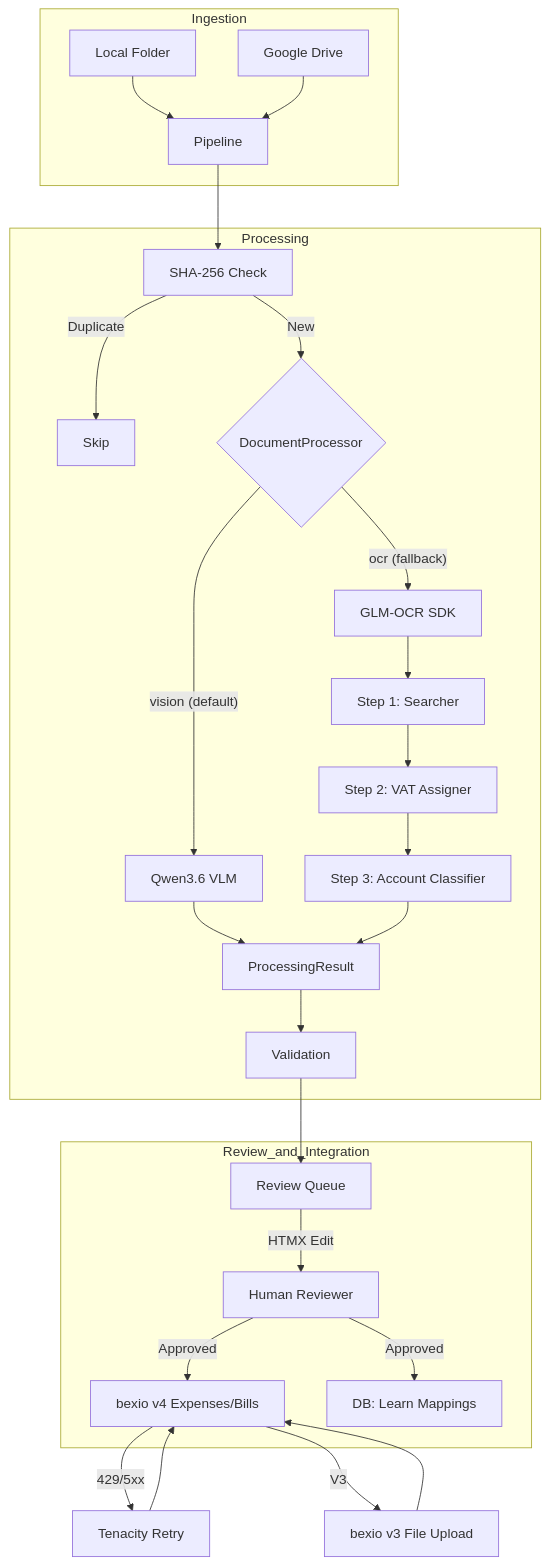
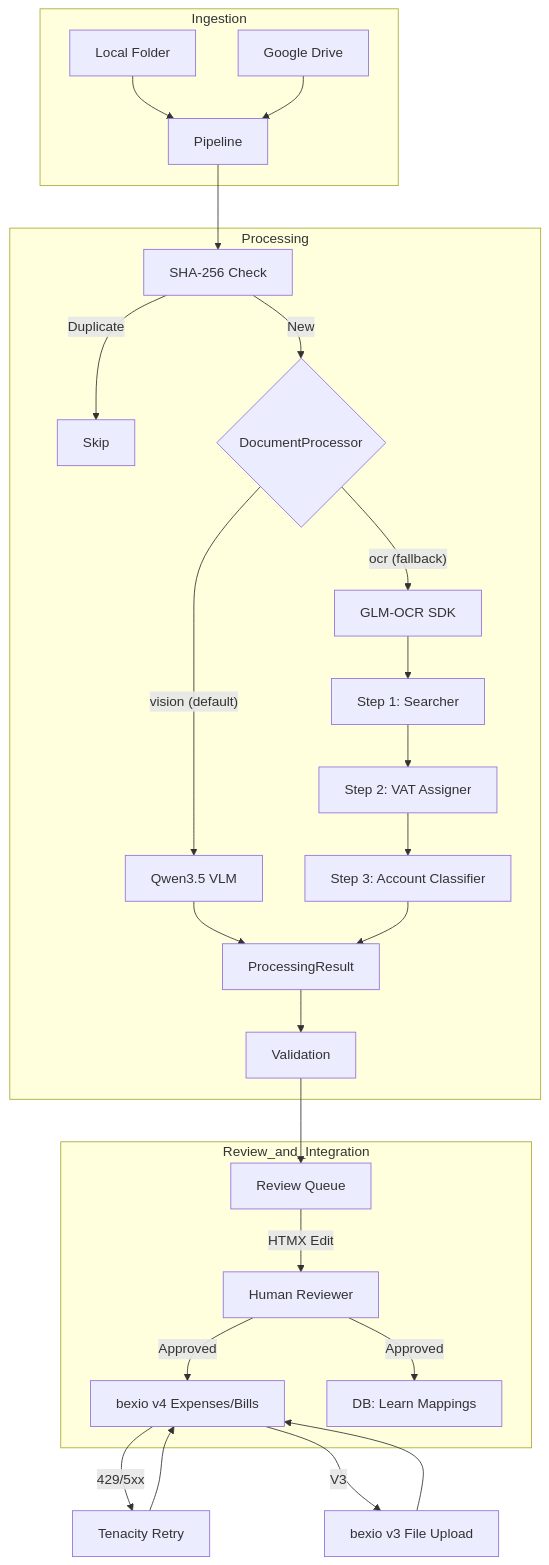
Before and after one commit to tazztone/bexio-receipts: the diagram in docs/ARCHITECTURE.md, drawn with Mermaid. The commit also changed other lines of this file and 8 other files, not shown here.

First line of the commit message:
docs: update default vision model to Qwen3.5-9B

````diff
--- a/docs/ARCHITECTURE.md
+++ b/docs/ARCHITECTURE.md
@@ -11,33 +11,33 @@
 ```mermaid
 graph TD
     subgraph Ingestion
         WatchedDir[Local Folder] --> P[Pipeline]
         GDrive[Google Drive] --> P
     end
 
     subgraph Processing
         P --> DB_Hash[SHA-256 Check]
         DB_Hash -- Duplicate --> Skip[Skip]
         DB_Hash -- New --> DP{DocumentProcessor}
-        DP -- "vision (default)" --> VLM[Qwen3.6 VLM]
+        DP -- "vision (default)" --> VLM[Qwen3.5 VLM]
         DP -- "ocr (fallback)" --> OCR_SDK[GLM-OCR SDK]
         VLM --> PR[ProcessingResult]
         OCR_SDK --> LLM_S1[Step 1: Searcher]
         LLM_S1 --> LLM_S2[Step 2: VAT Assigner]
         LLM_S2 --> LLM_S3[Step 3: Account Classifier]
         LLM_S3 --> PR
         PR --> VAL[Validation]
     end
 
     subgraph Review_and_Integration
         VAL --> Review[Review Queue]
         Review -- HTMX Edit --> Human[Human Reviewer]
         Human -- Approved --> BEX_V4[bexio v4 Expenses/Bills]
         Human -- Approved --> DB_Learn[DB: Learn Mappings]
     end
 
     BEX_V4 -- 429/5xx --> Retry[Tenacity Retry]
     Retry --> BEX_V4
     BEX_V4 -- V3 --> Upload[bexio v3 File Upload]
     Upload --> BEX_V4
 ```
````
